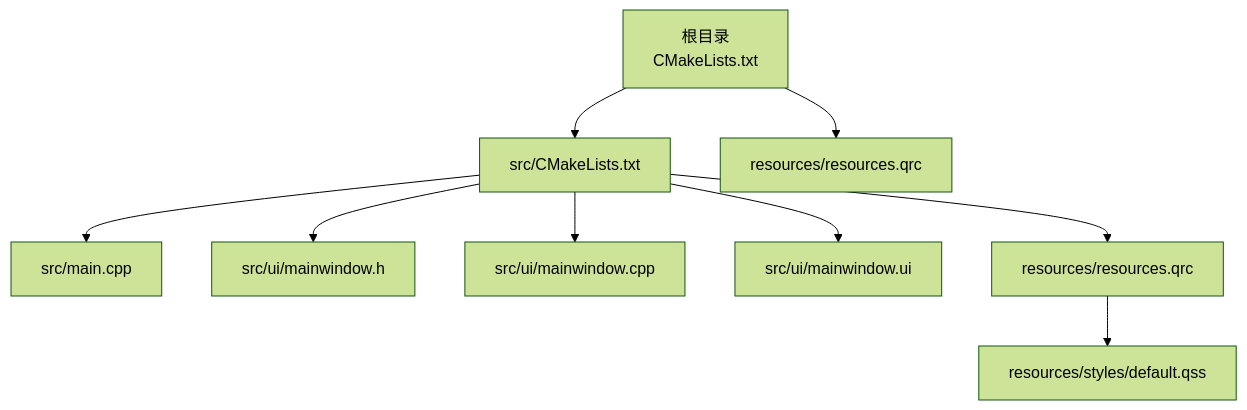
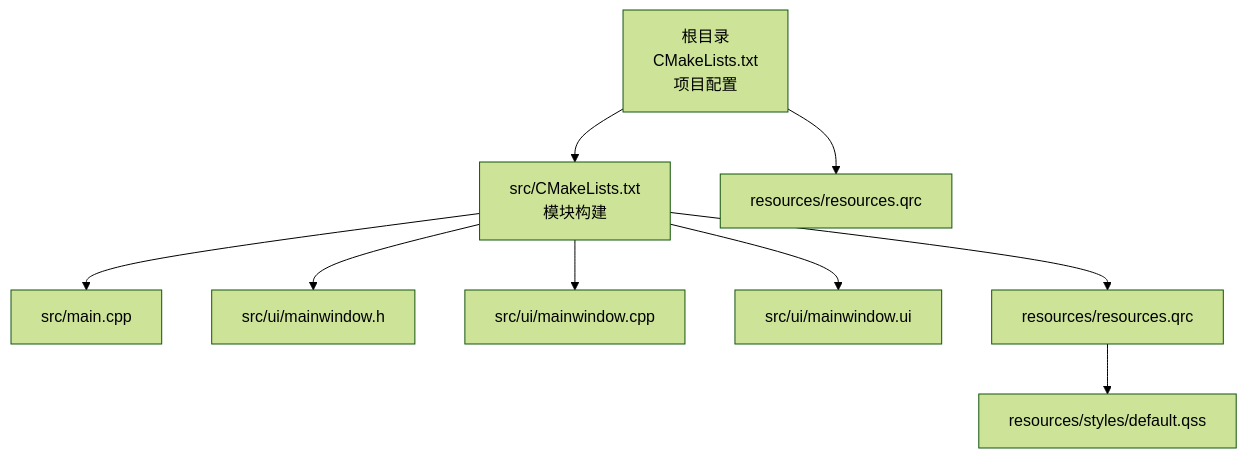
Before and after one commit to jakecai1225-design/OpenBus: the first of 4 diagrams in .qoder/repowiki/zh/content/构建和部署/CMake构建配置.md, drawn with Mermaid (forest theme). The commit also changed other lines of this file and 29 other files, not shown here.

````diff
--- a/.qoder/repowiki/zh/content/构建和部署/CMake构建配置.md
+++ b/.qoder/repowiki/zh/content/构建和部署/CMake构建配置.md
@@ -43,11 +51,11 @@
 ```mermaid
 graph TB
-root["根目录<br/>CMakeLists.txt"] --> sub_src["src/CMakeLists.txt"]
+root["根目录<br/>CMakeLists.txt<br/>项目配置"] --> sub_src["src/CMakeLists.txt<br/>模块构建"]
 root --> res_qrc["resources/resources.qrc"]
 sub_src --> main_cpp["src/main.cpp"]
 sub_src --> ui_h["src/ui/mainwindow.h"]
 sub_src --> ui_cpp["src/ui/mainwindow.cpp"]
 sub_src --> ui_ui["src/ui/mainwindow.ui"]
 sub_src --> qrc["resources/resources.qrc"]
 qrc --> qss["resources/styles/default.qss"]
 ```
````
